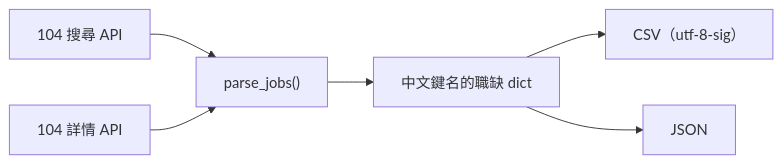
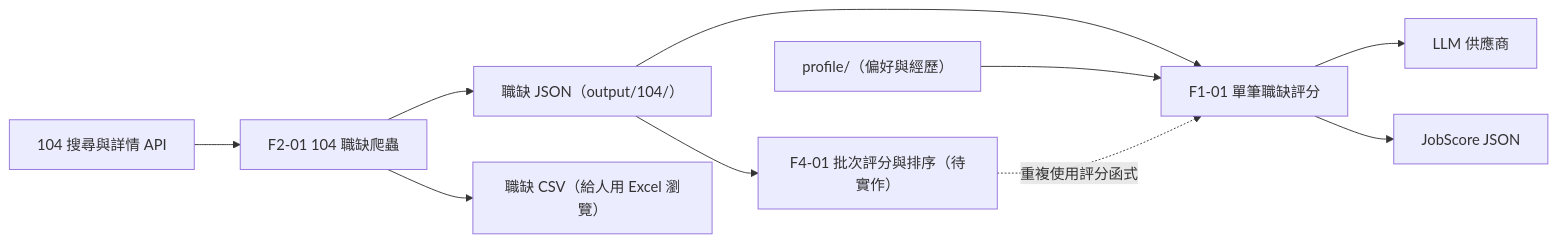
One commit to dlhdb/job-matching changed the diagram in docs/architecture.md. Above: the diagram before and after it, drawn with Mermaid. The commit also changed other lines of this file and 7 other files, not shown here.

````diff
--- a/docs/architecture.md
+++ b/docs/architecture.md
@@ -9,8 +11,12 @@
 ```mermaid
 flowchart LR
-    S[104 搜尋 API] --> P["parse_jobs()"]
-    D[104 詳情 API] --> P
-    P --> J[中文鍵名的職缺 dict]
-    J --> CSV["CSV（utf-8-sig）"]
-    J --> JSON[JSON]
+    API[104 搜尋與詳情 API] --> F2["F2-01 104 職缺爬蟲"]
+    F2 --> J["職缺 JSON（output/104/）"]
+    F2 --> C["職缺 CSV（給人用 Excel 瀏覽）"]
+    J --> F1["F1-01 單筆職缺評分"]
+    Prof["profile/（偏好與經歷）"] --> F1
+    F1 --> LLM[LLM 供應商]
+    F1 --> S[JobScore JSON]
+    J --> F4["F4-01 批次評分與排序（待實作）"]
+    F4 -. 重複使用評分函式 .-> F1
 ```
````
